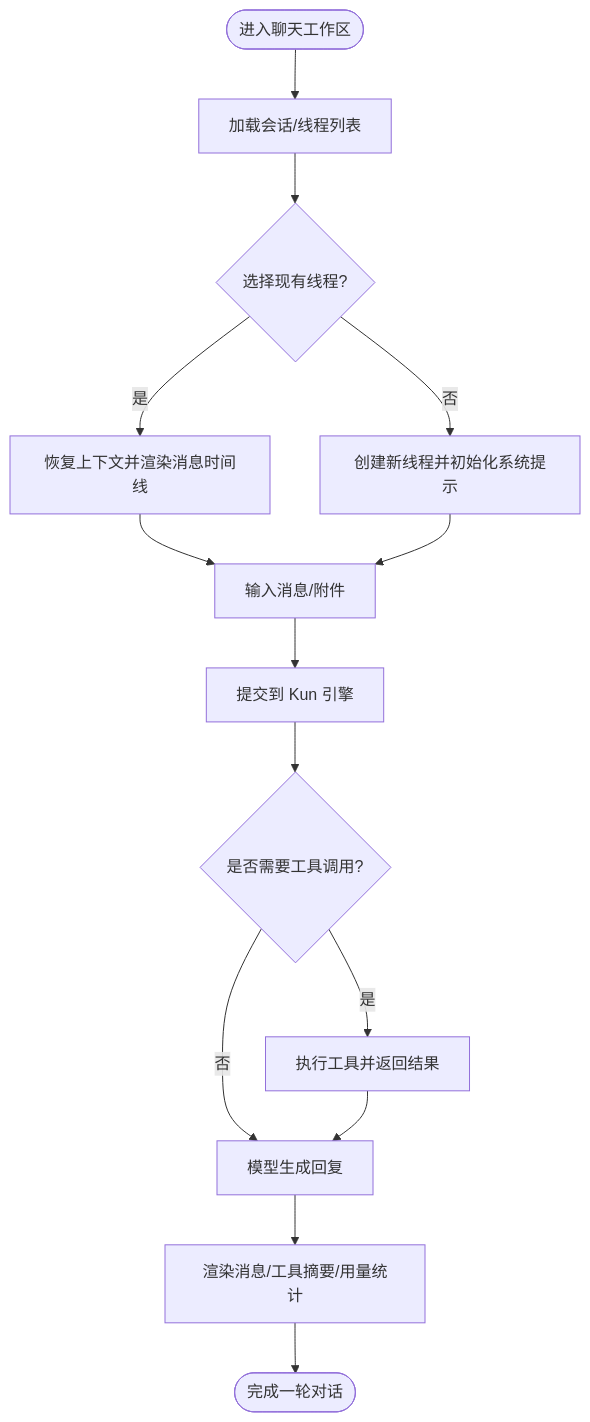
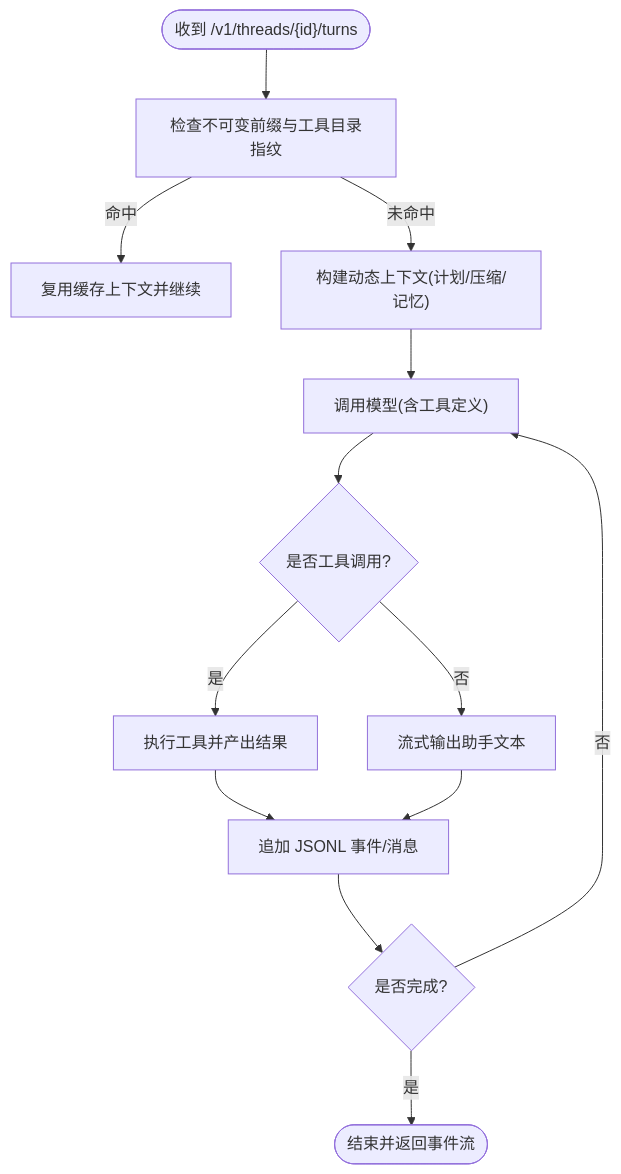
Before and after one commit to haolange/DeepSeek-GUI: the third of 6 diagrams in .qoder/repowiki/zh/content/项目概述/项目概述.md, drawn with Mermaid. The commit also changed other lines of this file and 341 other files, not shown here.

````diff
--- a/.qoder/repowiki/zh/content/项目概述/项目概述.md
+++ b/.qoder/repowiki/zh/content/项目概述/项目概述.md
@@ -204,16 +115,15 @@
 ```mermaid
 flowchart TD
-Start(["进入聊天工作区"]) --> LoadThreads["加载会话/线程列表"]
-LoadThreads --> SelectThread{"选择现有线程?"}
-SelectThread --> |是| Resume["恢复上下文并渲染消息时间线"]
-SelectThread --> |否| NewThread["创建新线程并初始化系统提示"]
-Resume --> Compose["输入消息/附件"]
-NewThread --> Compose
-Compose --> Submit["提交到 Kun 引擎"]
-Submit --> ToolCall{"是否需要工具调用?"}
-ToolCall --> |是| ExecuteTool["执行工具并返回结果"]
-ToolCall --> |否| ModelResp["模型生成回复"]
-ExecuteTool --> ModelResp
-ModelResp --> Render["渲染消息/工具摘要/用量统计"]
-Render --> End(["完成一轮对话"])
+Start(["收到 /v1/threads/{id}/turns"]) --> CacheCheck["检查不可变前缀与工具目录指纹"]
+CacheCheck --> |命中| Reuse["复用缓存上下文并继续"]
+CacheCheck --> |未命中| BuildCtx["构建动态上下文(计划/压缩/记忆)"]
+BuildCtx --> ModelCall["调用模型(含工具定义)"]
+ModelCall --> ToolExec{"是否工具调用?"}
+ToolExec --> |否| StreamText["流式输出助手文本"]
+ToolExec --> |是| ExecuteTool["执行工具并产出结果"]
+ExecuteTool --> AppendLog["追加 JSONL 事件/消息"]
+StreamText --> AppendLog
+AppendLog --> NextStep{"是否完成?"}
+NextStep --> |否| ModelCall
+NextStep --> |是| End(["结束并返回事件流"])
 ```
````
